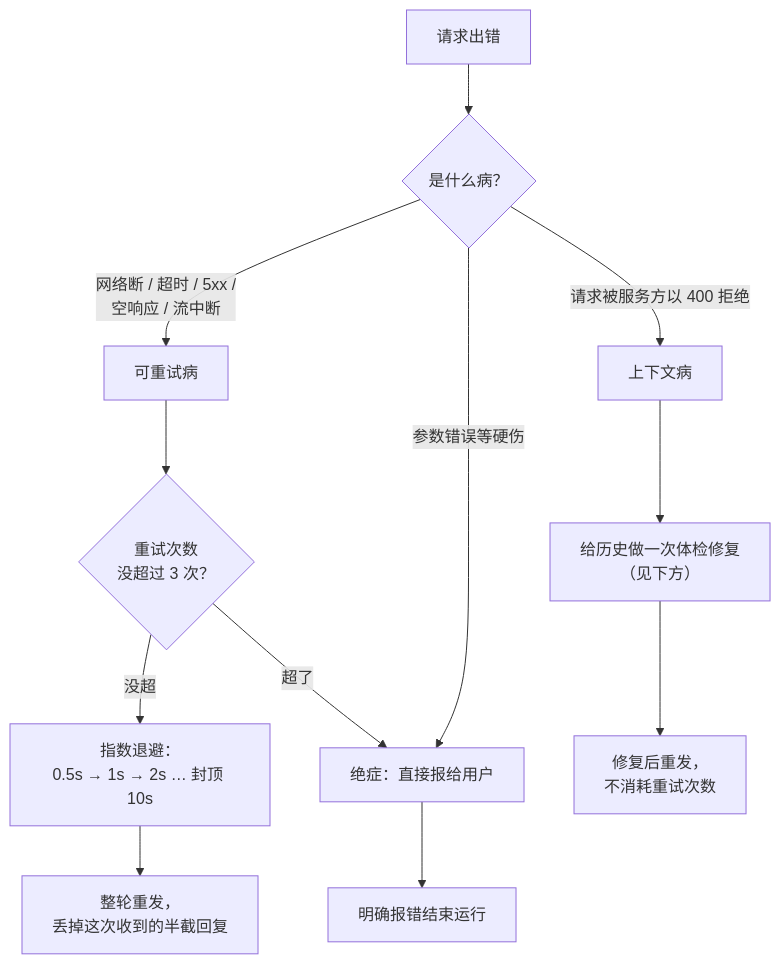
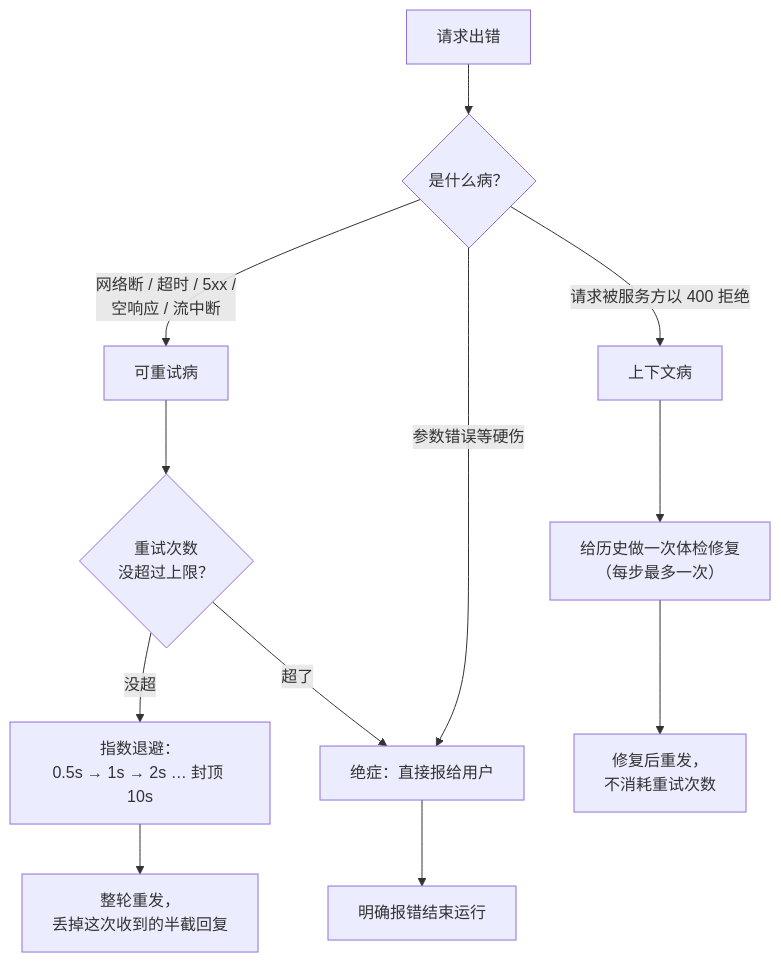
Before and after one commit to Bronya0/ally-agent: the eighth of 16 diagrams in docs/agent-architecture.md, drawn with Mermaid. The commit also changed other lines of this file, not shown here.

First line of the commit message:
docs: deepen architecture guide with missing chapters and technical detail

````diff
--- a/docs/agent-architecture.md
+++ b/docs/agent-architecture.md
@@ -250,16 +392,16 @@
 ```mermaid
 flowchart TD
     ERR["请求出错"] --> KIND{"是什么病？"}
 
     KIND -->|"网络断 / 超时 / 5xx /<br/>空响应 / 流中断"| A["可重试病"]
     KIND -->|"请求被服务方以 400 拒绝"| B["上下文病"]
     KIND -->|"参数错误等硬伤"| C["绝症：直接报给用户"]
 
-    A --> RETRY{"重试次数<br/>没超过 3 次？"}
+    A --> RETRY{"重试次数<br/>没超过上限？"}
     RETRY -->|"没超"| BACK["指数退避：<br/>0.5s → 1s → 2s … 封顶 10s"] --> RESHIP["整轮重发，<br/>丢掉这次收到的半截回复"]
     RETRY -->|"超了"| C
 
-    B --> SAN["给历史做一次体检修复<br/>（见下方）"] --> RESHIP2["修复后重发，<br/>不消耗重试次数"]
+    B --> SAN["给历史做一次体检修复<br/>（每步最多一次）"] --> RESHIP2["修复后重发，<br/>不消耗重试次数"]
 
     C --> REPORT["明确报错结束运行"]
 ```
````
